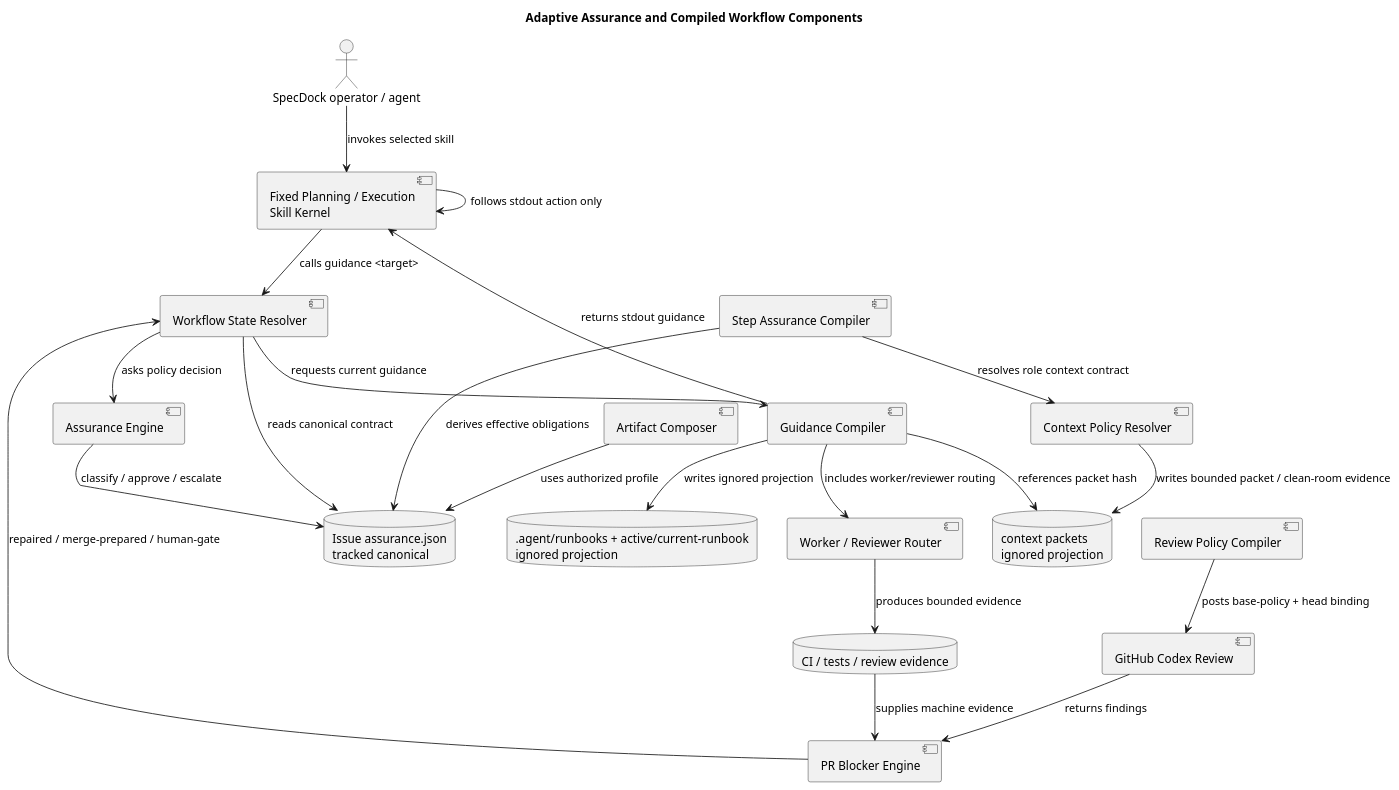
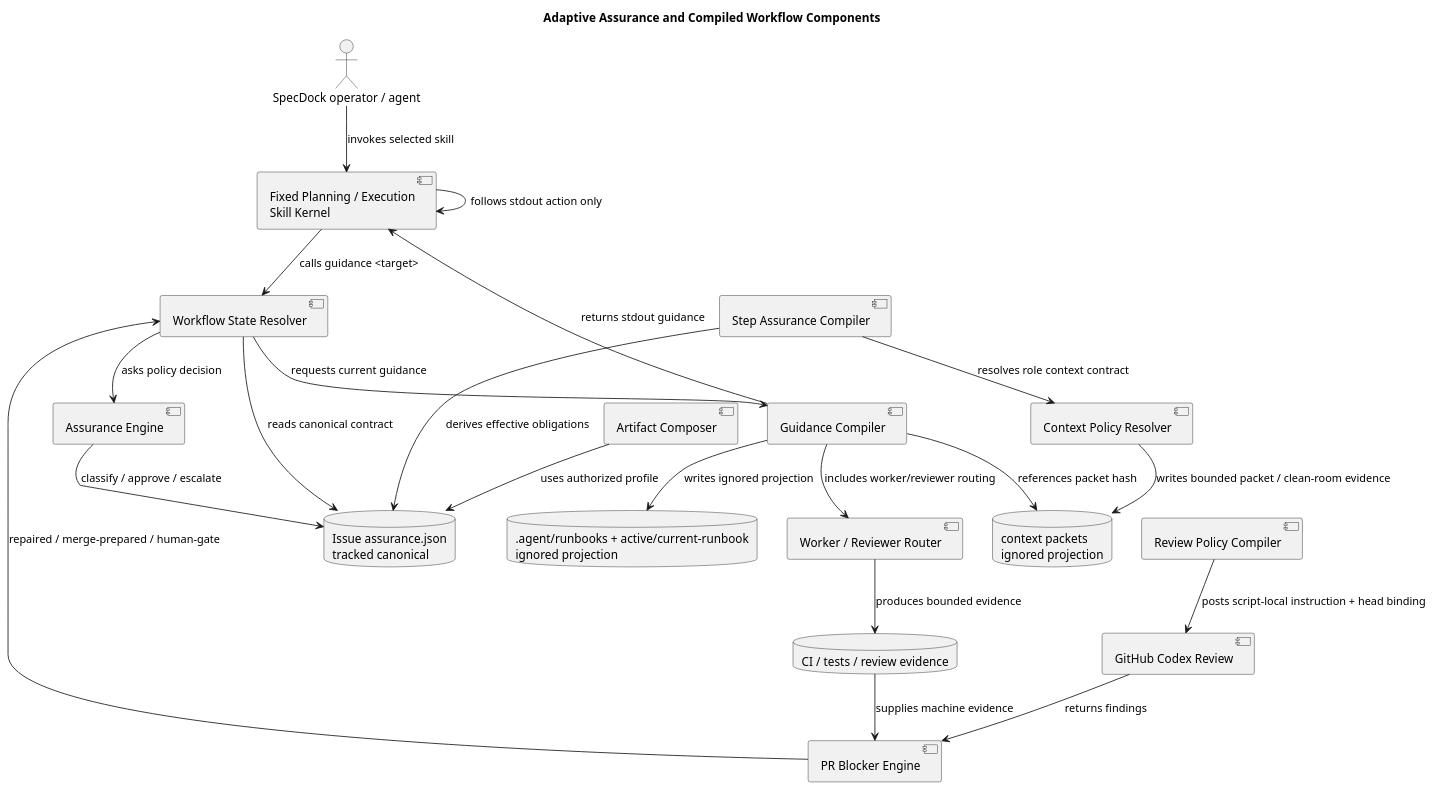
Before and after one commit to chemitaro/spec-dock: the first of 4 diagrams in spec-dock/initiatives/init-local-00003-architecture-maintenance-and-hardening/epics/epic-00224-dynamic-workflow-resource-allocation/design.md, drawn with PlantUML. The commit also changed other lines of this file and 15 other files, not shown here.

````diff
--- a/spec-dock/initiatives/init-local-00003-architecture-maintenance-and-hardening/epics/epic-00224-dynamic-workflow-resource-allocation/design.md
+++ b/spec-dock/initiatives/init-local-00003-architecture-maintenance-and-hardening/epics/epic-00224-dynamic-workflow-resource-allocation/design.md
@@ -120,47 +120,47 @@
 ```plantuml
 @startuml
 title Adaptive Assurance and Compiled Workflow Components
 ' Question answered: How does a fixed Skill kernel delegate current workflow authority to runtime contracts?
 ' Scope: Skill entry, workflow state, assurance contract, runbook projection, review policy, blocker closure.
 ' Excluded details: file-level implementation order, exact command parser classes, full PR observation internals.
 ' Update trigger: component responsibility, authority boundary, or runtime state contract changes.
 
 actor "SpecDock operator / agent" as User
 component "Fixed Planning / Execution\nSkill Kernel" as Skill
 component "Workflow State Resolver" as State
 component "Assurance Engine" as Assurance
 database "Issue assurance.json\ntracked canonical" as Contract
 component "Guidance Compiler" as Compiler
 database ".agent/runbooks + active/current-runbook\nignored projection" as Runbook
 component "Artifact Composer" as Composer
 component "Step Assurance Compiler" as Step
 component "Context Policy Resolver" as ContextResolver
 database "context packets\nignored projection" as ContextPackets
 component "Worker / Reviewer Router" as Router
 component "Review Policy Compiler" as ReviewCompiler
 component "GitHub Codex Review" as Codex
 component "PR Blocker Engine" as Blocker
 database "CI / tests / review evidence" as Evidence
 
 User --> Skill : invokes selected skill
 Skill --> State : calls guidance <target>
 State --> Contract : reads canonical contract
 State --> Assurance : asks policy decision
 Assurance --> Contract : classify / approve / escalate
 State --> Compiler : requests current guidance
 Compiler --> Runbook : writes ignored projection
 Compiler --> Skill : returns stdout guidance
 Skill --> Skill : follows stdout action only
 Composer --> Contract : uses authorized profile
 Step --> Contract : derives effective obligations
 Step --> ContextResolver : resolves role context contract
 ContextResolver --> ContextPackets : writes bounded packet / clean-room evidence
 Compiler --> Router : includes worker/reviewer routing
 Compiler --> ContextPackets : references packet hash
 Router --> Evidence : produces bounded evidence
-ReviewCompiler --> Codex : posts base-policy + head binding
+ReviewCompiler --> Codex : posts script-local instruction + head binding
 Codex --> Blocker : returns findings
 Evidence --> Blocker : supplies machine evidence
 Blocker --> State : repaired / merge-prepared / human-gate
 @enduml
 ```
````
